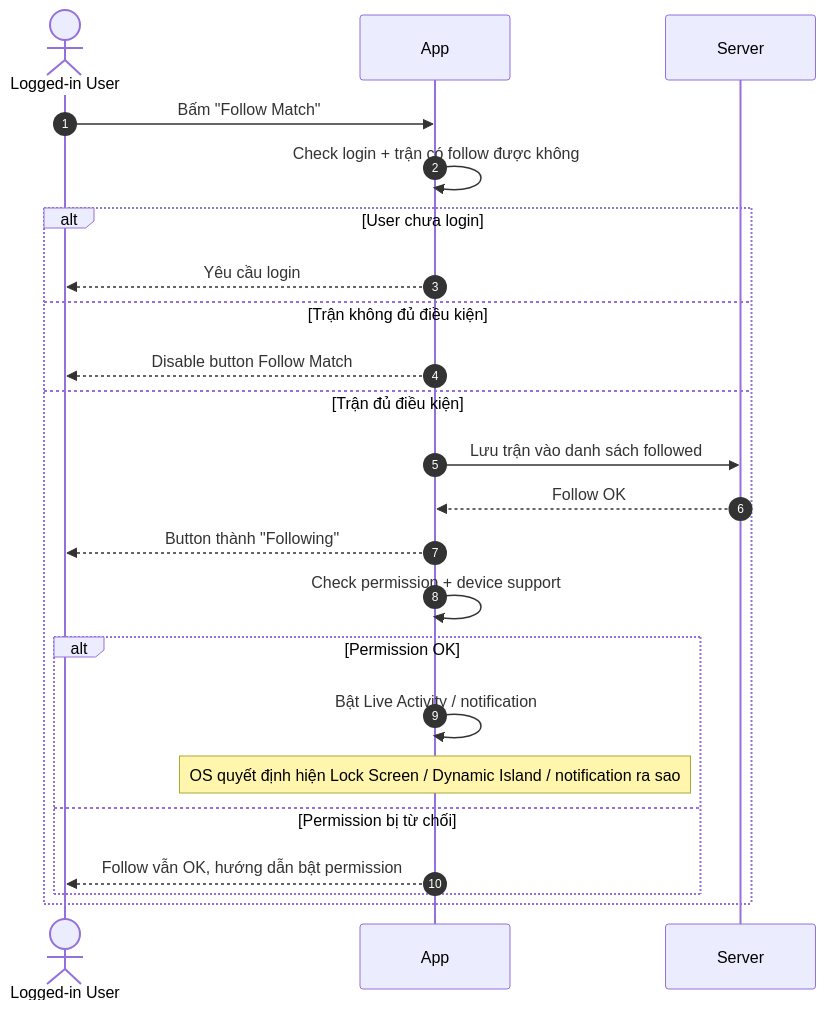
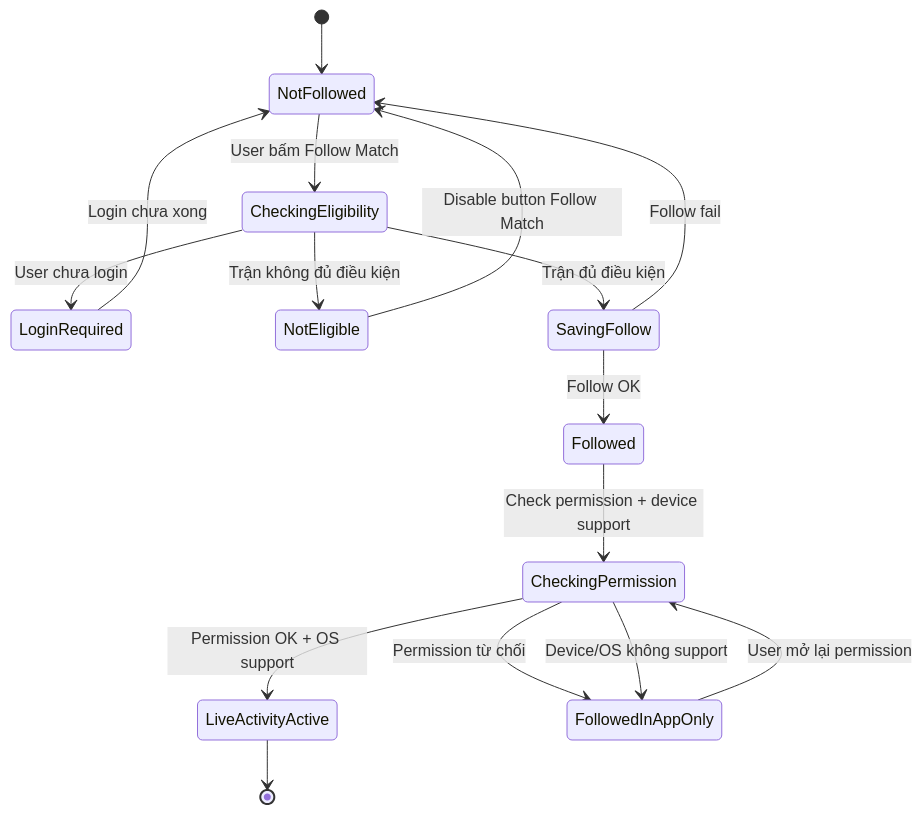
Before and after one commit to duongdang1136/FPTPLay: the first of 4 diagrams in features/final-docs/Sport-Zone/Live-Activity/product/live-activity-user-flows-functional-requirements.md, drawn with Mermaid. The commit also changed other lines of this file, not shown here.

Commit message:
docs: convert first live activity flow to state diagram

````diff
--- a/features/final-docs/Sport-Zone/Live-Activity/product/live-activity-user-flows-functional-requirements.md
+++ b/features/final-docs/Sport-Zone/Live-Activity/product/live-activity-user-flows-functional-requirements.md
@@ -136,28 +137,25 @@
 ```mermaid
-sequenceDiagram
-    autonumber
+stateDiagram-v2
+    [*] --> NotFollowed
 
-    actor User as Logged-in User
-    participant App
-    participant Server
+    NotFollowed --> CheckingEligibility: User bấm Follow Match
 
-    User->>App: Bấm "Follow Match"
-    App->>App: Check login + trận có follow được không
+    CheckingEligibility --> LoginRequired: User chưa login
+    CheckingEligibility --> NotEligible: Trận không đủ điều kiện
+    CheckingEligibility --> SavingFollow: Trận đủ điều kiện
 
-    alt User chưa login
-        App-->>User: Yêu cầu login
-    else Trận không đủ điều kiện
-        App-->>User: Disable button Follow Match
-    else Trận đủ điều kiện
-        App->>Server: Lưu trận vào danh sách followed
-        Server-->>App: Follow OK
-        App-->>User: Button thành "Following"
-        App->>App: Check permission + device support
-        alt Permission OK
-            App->>App: Bật Live Activity / notification
-            Note over App: OS quyết định hiện Lock Screen / Dynamic Island / notification ra sao
-        else Permission bị từ chối
-            App-->>User: Follow vẫn OK, hướng dẫn bật permission
-        end
-    end
+    LoginRequired --> NotFollowed: Login chưa xong
+    NotEligible --> NotFollowed: Disable button Follow Match
+
+    SavingFollow --> Followed: Follow OK
+    SavingFollow --> NotFollowed: Follow fail
+
+    Followed --> CheckingPermission: Check permission + device support
+
+    CheckingPermission --> LiveActivityActive: Permission OK + OS support
+    CheckingPermission --> FollowedInAppOnly: Permission từ chối
+    CheckingPermission --> FollowedInAppOnly: Device/OS không support
+
+    FollowedInAppOnly --> CheckingPermission: User mở lại permission
+    LiveActivityActive --> [*]
 ```
````
